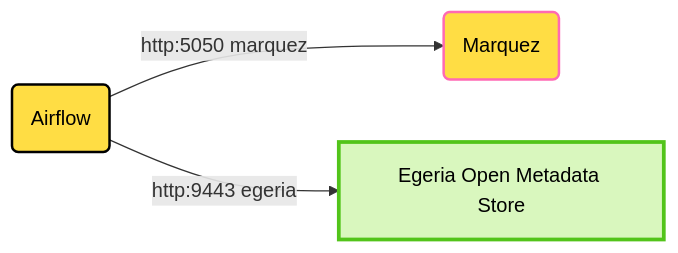
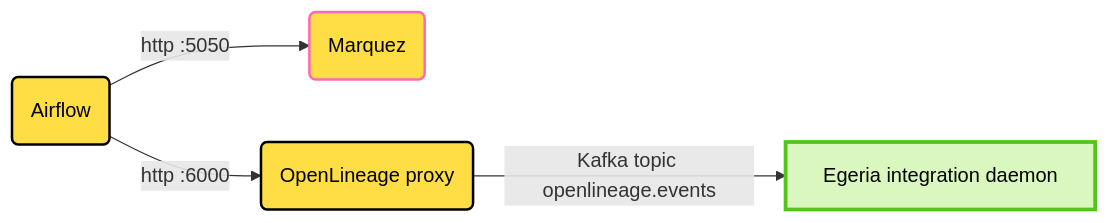
The diagram in compose-configs/optional-associated-runtimes/airflow-marquez/README.md (odpi/egeria-workspaces), drawn with Mermaid before and after one commit. The commit also changed other lines of this file and 6 other files, not shown here.

First line of the commit message:
feat(lineage): send Airflow's OpenLineage events to Egeria as well as Marquez

````diff
--- a/compose-configs/optional-associated-runtimes/airflow-marquez/README.md
+++ b/compose-configs/optional-associated-runtimes/airflow-marquez/README.md
@@ -27,8 +31,10 @@
 ```mermaid
 flowchart LR
-    A(Airflow) -->|http:5050 marquez| B(Marquez)
-    A -->|http:9443 egeria| C[Egeria Open Metadata Store]
+    A(Airflow) -->|http :5050| B(Marquez)
+    A -->|http :6000| P(OpenLineage proxy)
+    P -->|Kafka topic openlineage.events| C[Egeria integration daemon]
 style A fill:#FFDD44,stroke:#000000,stroke-width:2px,color:#000000
 style B fill:#FFDD44,stroke:#FF69B4,stroke-width:2px,color:#000000
+style P fill:#FFDD44,stroke:#000000,stroke-width:2px,color:#000000
 style C fill:#D9F7BE,stroke:#52C41A,stroke-width:3px,color:#000000
 ```
````
